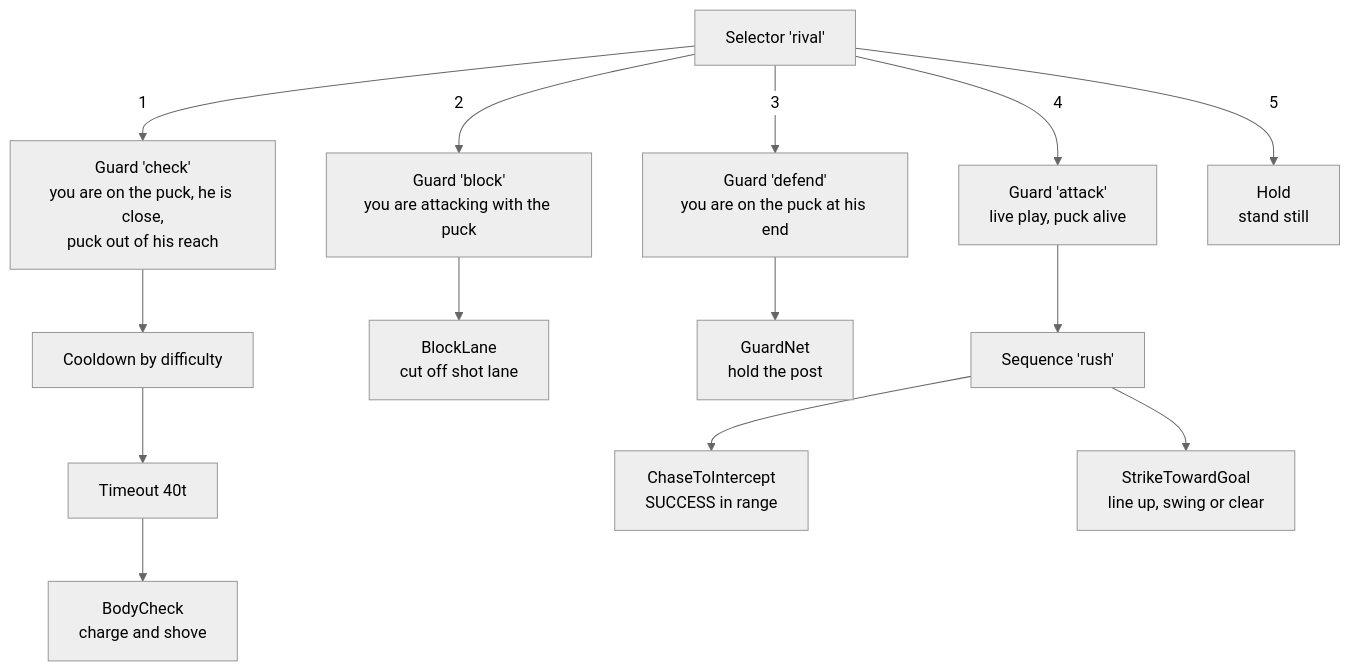
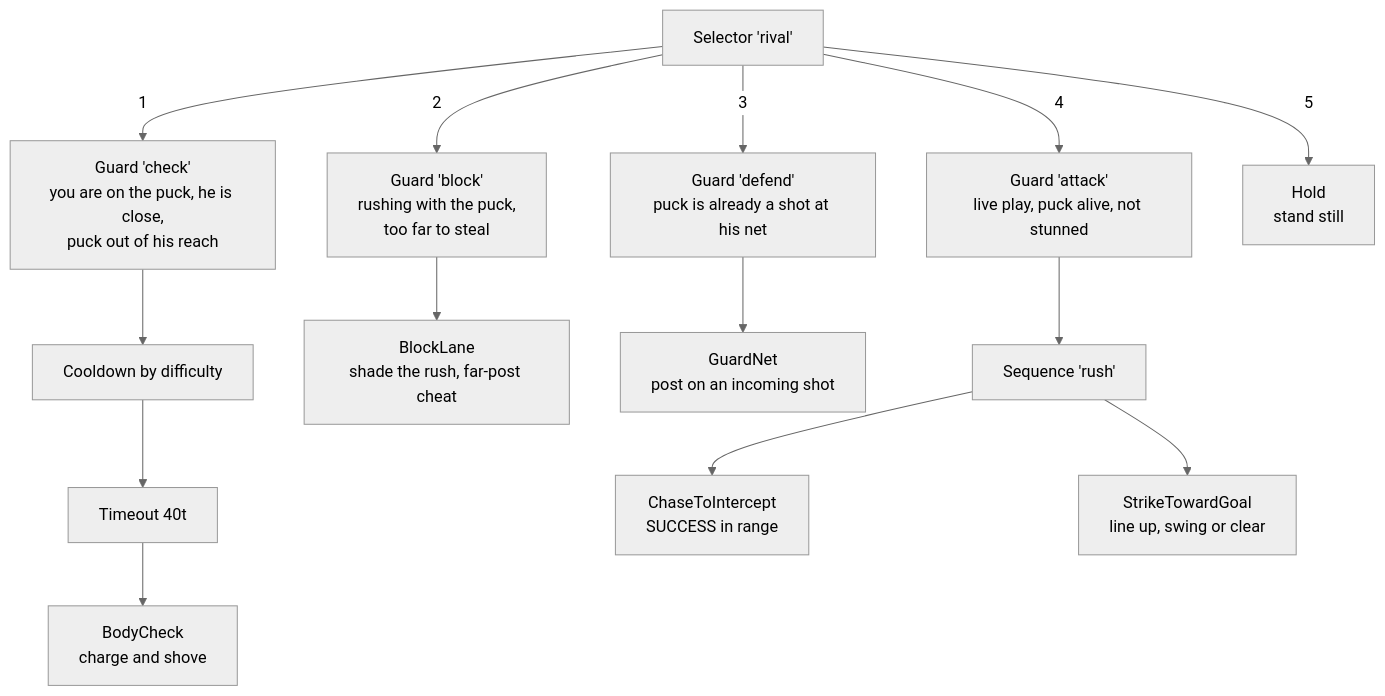
The second of 4 diagrams in docs/behavior-tree.md (denmeh/RinkRival), drawn with Mermaid (neutral theme) before and after one commit. The commit also changed other lines of this file and 90 other files, not shown here.

````diff
--- a/docs/behavior-tree.md
+++ b/docs/behavior-tree.md
@@ -142,21 +142,21 @@
 ```mermaid
 flowchart TD
   root["Selector 'rival'"]
   root -->|1| gc["Guard 'check'<br/>you are on the puck, he is close,<br/>puck out of his reach"]
-  root -->|2| gb["Guard 'block'<br/>you are attacking with the puck"]
-  root -->|3| gd["Guard 'defend'<br/>you are on the puck at his end"]
-  root -->|4| ga["Guard 'attack'<br/>live play, puck alive"]
+  root -->|2| gb["Guard 'block'<br/>rushing with the puck,<br/>too far to steal"]
+  root -->|3| gd["Guard 'defend'<br/>puck is already a shot at his net"]
+  root -->|4| ga["Guard 'attack'<br/>live play, puck alive, not stunned"]
   root -->|5| hold["Hold<br/>stand still"]
 
   gc --> cd["Cooldown by difficulty"]
   cd --> to["Timeout 40t"]
   to --> bc["BodyCheck<br/>charge and shove"]
 
-  gb --> bl["BlockLane<br/>cut off shot lane"]
+  gb --> bl["BlockLane<br/>shade the rush, far-post cheat"]
 
-  gd --> gn["GuardNet<br/>hold the post"]
+  gd --> gn["GuardNet<br/>post on an incoming shot"]
 
   ga --> seq["Sequence 'rush'"]
   seq --> chase["ChaseToIntercept<br/>SUCCESS in range"]
   seq --> strike["StrikeTowardGoal<br/>line up, swing or clear"]
 ```
````
